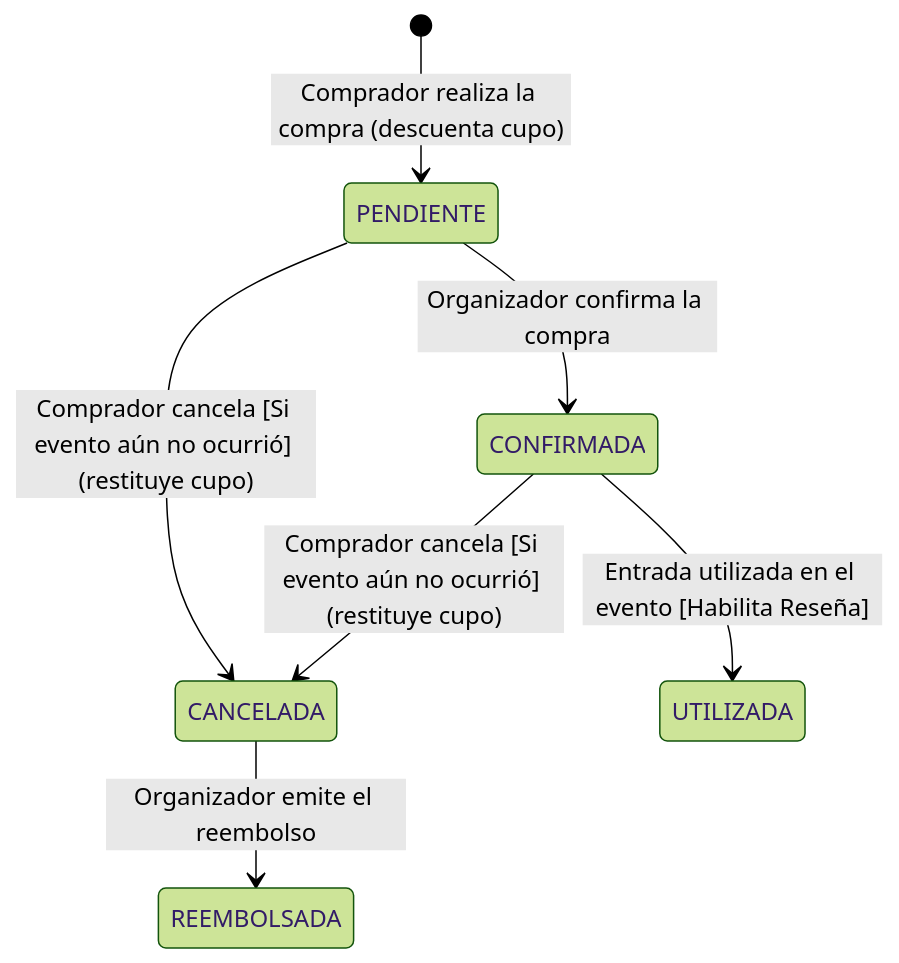
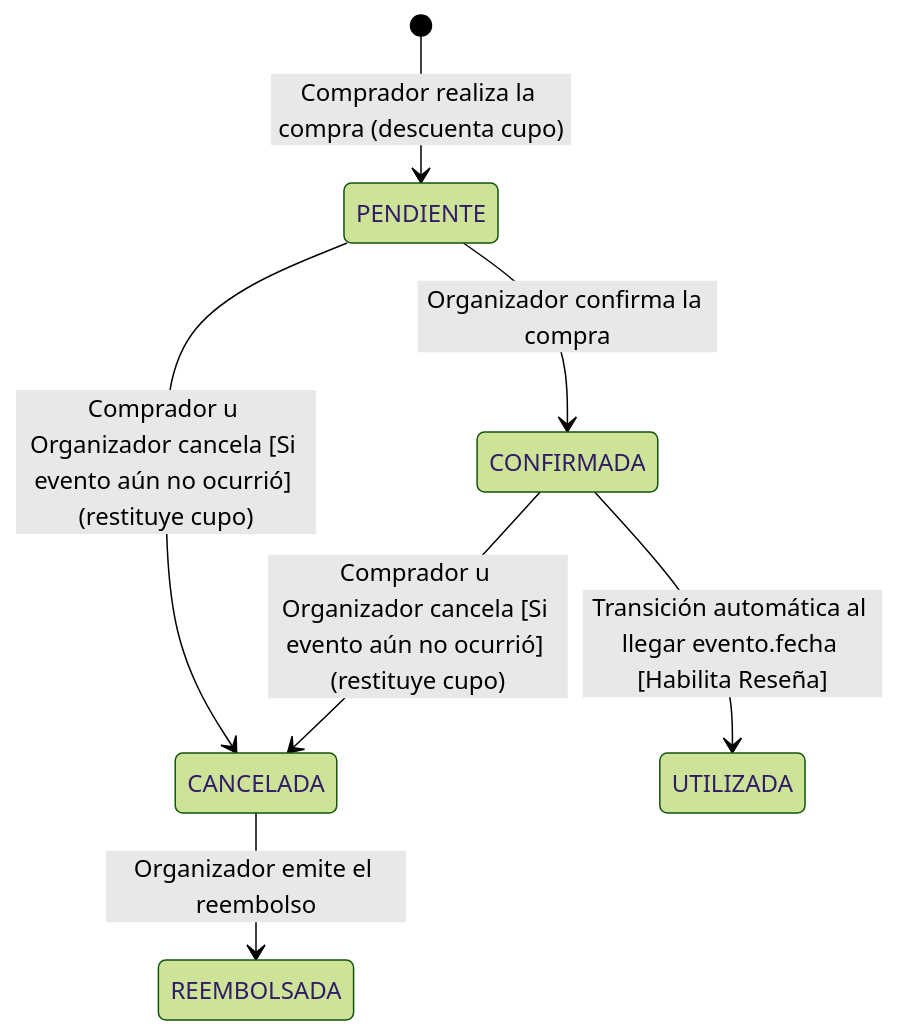
The diagram in specs/domain/02-maquina-estados-compra.md (leojviegas/ai-ticket-it), drawn with Mermaid (forest theme) before and after one commit. The commit also changed other lines of this file and 83 other files, not shown here.

````diff
--- a/specs/domain/02-maquina-estados-compra.md
+++ b/specs/domain/02-maquina-estados-compra.md
@@ -11,9 +11,9 @@
 ```mermaid
 stateDiagram-v2
     [*] --> PENDIENTE : Comprador realiza la compra (descuenta cupo)
     PENDIENTE --> CONFIRMADA : Organizador confirma la compra
-    PENDIENTE --> CANCELADA : Comprador cancela [Si evento aún no ocurrió] (restituye cupo)
-    CONFIRMADA --> UTILIZADA : Entrada utilizada en el evento [Habilita Reseña]
-    CONFIRMADA --> CANCELADA : Comprador cancela [Si evento aún no ocurrió] (restituye cupo)
+    PENDIENTE --> CANCELADA : Comprador u Organizador cancela [Si evento aún no ocurrió] (restituye cupo)
+    CONFIRMADA --> UTILIZADA : Transición automática al llegar evento.fecha [Habilita Reseña]
+    CONFIRMADA --> CANCELADA : Comprador u Organizador cancela [Si evento aún no ocurrió] (restituye cupo)
     CANCELADA --> REEMBOLSADA : Organizador emite el reembolso
 ```
````
